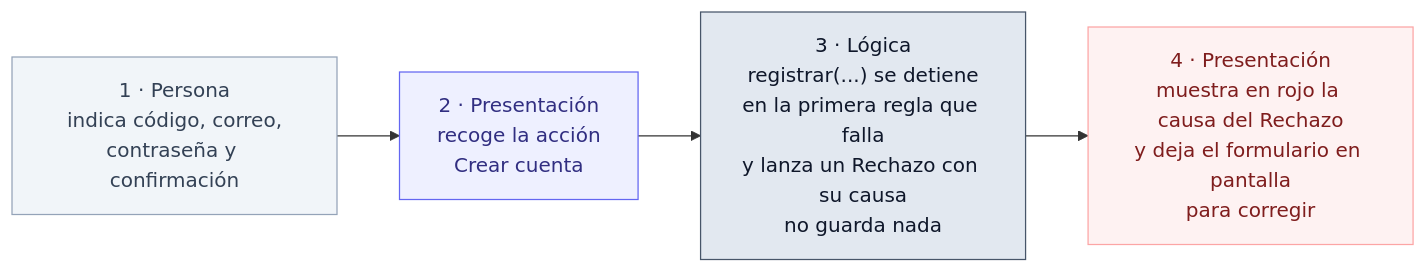
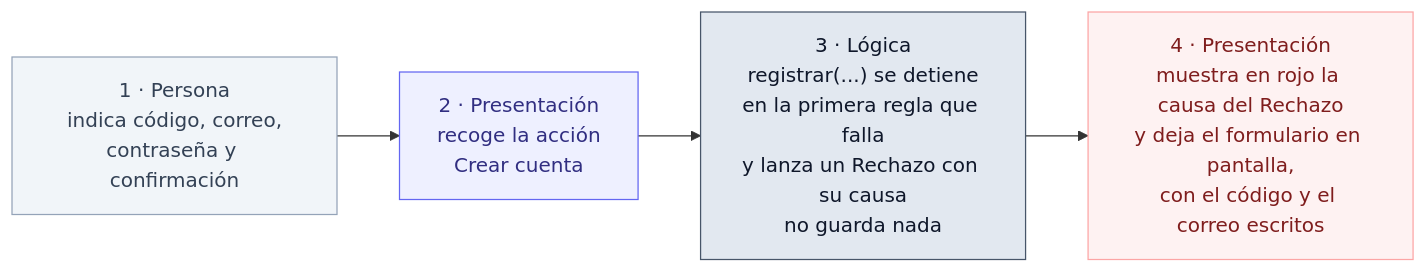
The second of 2 diagrams in docs/recorrido-registro.md (raulandres24/proyecto_reservacion_salas_final), drawn with Mermaid before and after one commit. The commit also changed other lines of this file and 3 other files, not shown here.

````diff
--- a/docs/recorrido-registro.md
+++ b/docs/recorrido-registro.md
@@ -35,17 +35,17 @@
 ```mermaid
 flowchart LR
     A["1 · Persona<br/>indica código, correo,<br/>contraseña y confirmación"]
     B["2 · Presentación<br/>recoge la acción<br/>Crear cuenta"]
     C["3 · Lógica<br/>registrar(...) se detiene<br/>en la primera regla que falla<br/>y lanza un Rechazo con su causa<br/>no guarda nada"]
-    D["4 · Presentación<br/>muestra en rojo la causa del Rechazo<br/>y deja el formulario en pantalla<br/>para corregir"]
+    D["4 · Presentación<br/>muestra en rojo la causa del Rechazo<br/>y deja el formulario en pantalla,<br/>con el código y el correo escritos"]
     A --> B --> C --> D
 
     classDef persona fill:#f1f5f9,stroke:#94a3b8,color:#334155
     classDef presentacion fill:#eef0ff,stroke:#6366f1,color:#312e81
     classDef logica fill:#e2e8f0,stroke:#475569,color:#0f172a
     classDef no fill:#fef2f2,stroke:#fca5a5,color:#7f1d1d
     class A persona
     class B presentacion
     class C logica
     class D no
 ```
````
